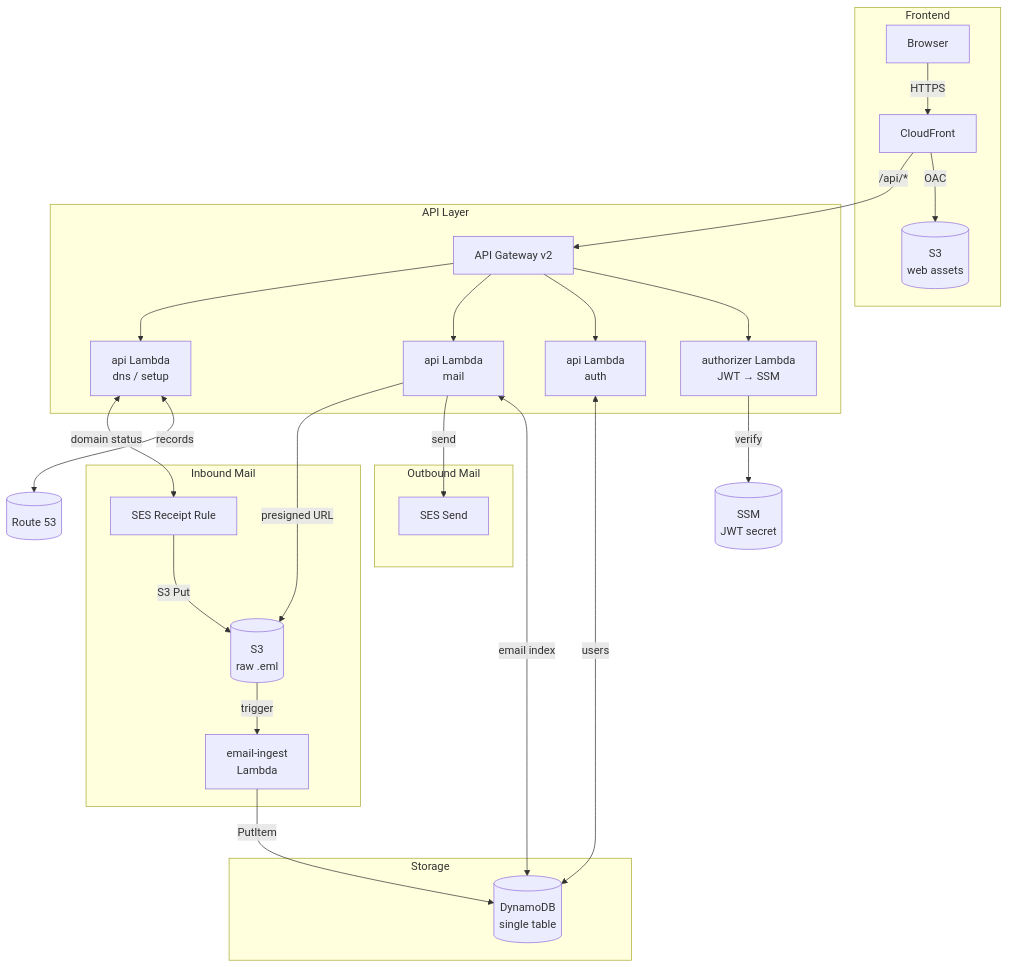
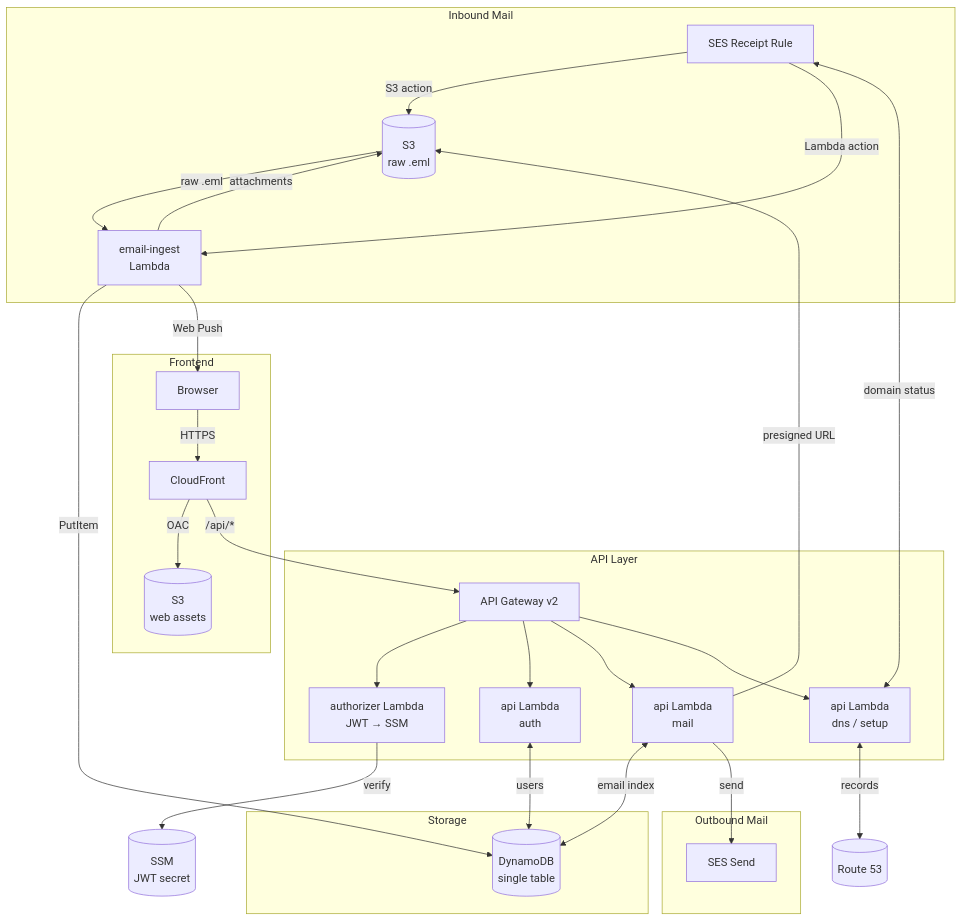
One commit to ChurchOfCaffeine/dork_mail changed the diagram in README.md. Above: the diagram before and after it, drawn with Mermaid. The commit also changed other lines of this file, not shown here.

Commit message:
Document push setup, backfill, and the new UI

````diff
--- a/README.md
+++ b/README.md
@@ -25,51 +26,54 @@
 ```mermaid
 flowchart TD
     subgraph Inbound["Inbound Mail"]
         SES_IN[SES Receipt Rule]
         S3_EMAIL[(S3\nraw .eml)]
         INGEST[email-ingest\nLambda]
     end
 
     subgraph Storage["Storage"]
         DYNAMO[(DynamoDB\nsingle table)]
     end
 
     subgraph Frontend["Frontend"]
         CF[CloudFront]
         S3_WEB[(S3\nweb assets)]
         BROWSER[Browser]
     end
 
     subgraph API["API Layer"]
         APIGW[API Gateway v2]
         AUTHZ[authorizer Lambda\nJWT → SSM]
         API_AUTH[api Lambda\nauth]
         API_MAIL[api Lambda\nmail]
         API_DNS[api Lambda\ndns / setup]
     end
 
     subgraph Outbound["Outbound Mail"]
         SES_OUT[SES Send]
     end
 
-    SES_IN -->|S3 Put| S3_EMAIL
-    S3_EMAIL -->|trigger| INGEST
+    SES_IN -->|S3 action| S3_EMAIL
+    SES_IN -->|Lambda action| INGEST
+    S3_EMAIL -->|raw .eml| INGEST
+    INGEST -->|attachments| S3_EMAIL
     INGEST -->|PutItem| DYNAMO
+    INGEST -->|Web Push| BROWSER
 
     BROWSER -->|HTTPS| CF
     CF -->|OAC| S3_WEB
     CF -->|/api/*| APIGW
 
     APIGW --> AUTHZ
     AUTHZ -->|verify| SSM[(SSM\nJWT secret)]
     APIGW --> API_AUTH
     APIGW --> API_MAIL
     APIGW --> API_DNS
 
     API_AUTH <-->|users| DYNAMO
     API_MAIL <-->|email index| DYNAMO
     API_MAIL -->|send| SES_OUT
     API_MAIL -->|presigned URL| S3_EMAIL
     API_DNS <-->|records| R53[(Route 53)]
     API_DNS <-->|domain status| SES_IN
 ```
````
